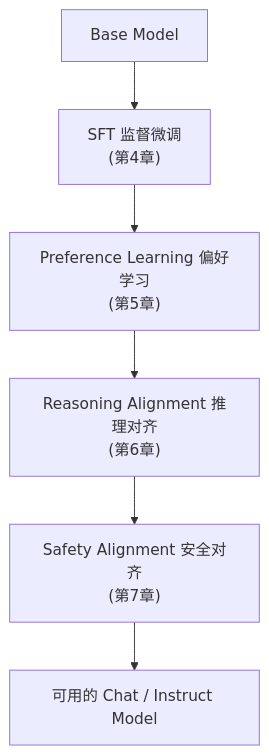
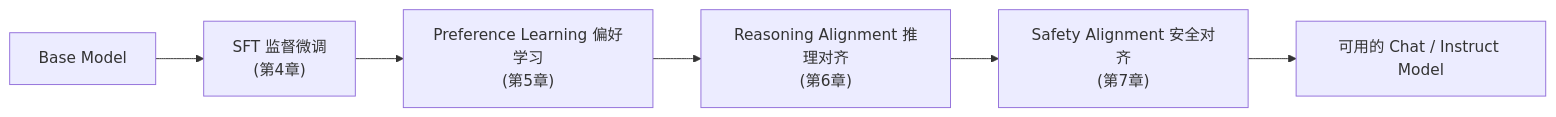
The second of 3 diagrams in 2. Alignment 与训练工程/1. Alignment——从 Base Model 到对话助手.md (AI-learning-simple/Build-Your-Own-LLM), drawn with Mermaid before and after one commit. The commit also changed other lines of this file, not shown here.

Commit message:
small fix

````diff
--- a/2. Alignment 与训练工程/1. Alignment——从 Base Model 到对话助手.md
+++ b/2. Alignment 与训练工程/1. Alignment——从 Base Model 到对话助手.md
@@ -153,8 +153,8 @@
 ```mermaid
-flowchart TD
+flowchart LR
     A[Base Model] --> B["SFT 监督微调<br/>(第4章)"]
     B --> C["Preference Learning 偏好学习<br/>(第5章)"]
     C --> D["Reasoning Alignment 推理对齐<br/>(第6章)"]
     D --> E["Safety Alignment 安全对齐<br/>(第7章)"]
     E --> F["可用的 Chat / Instruct Model"]
 ```
````
